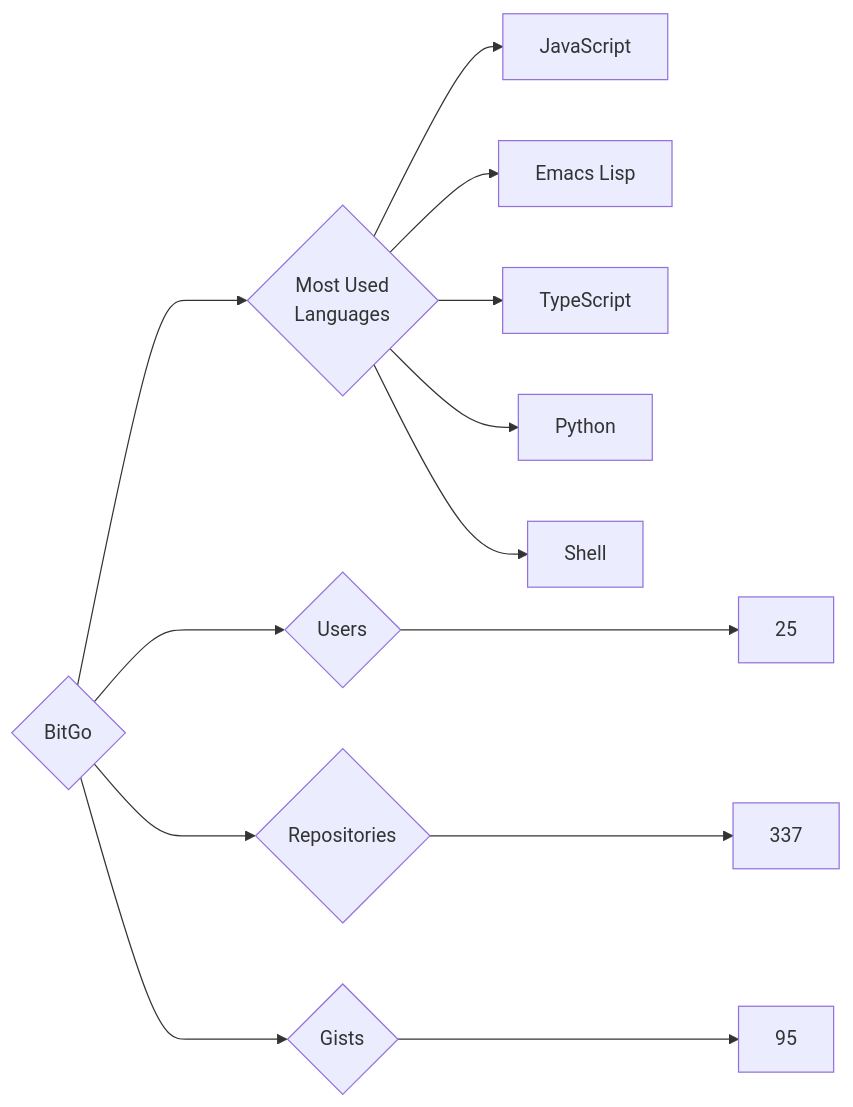
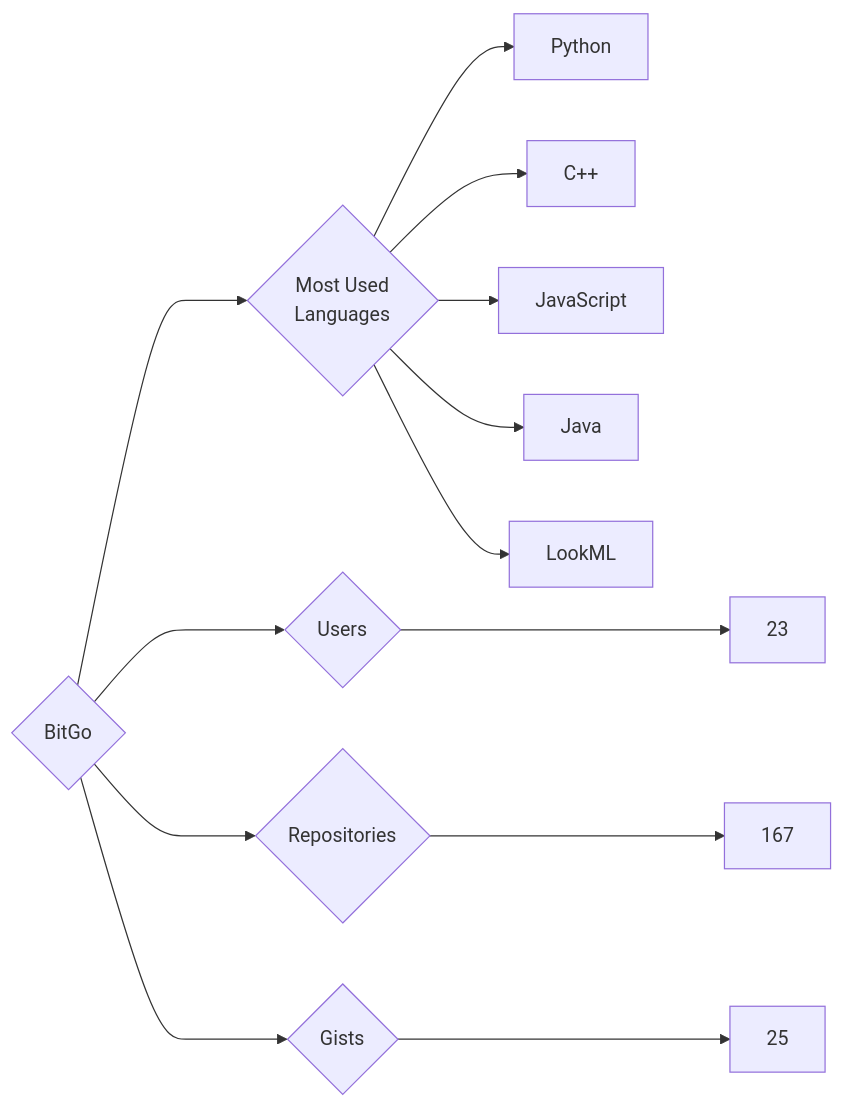
Before and after one commit to trickest/insiders: the diagram in targets/BitGo/README.md, drawn with Mermaid. The commit also changed 611 other files, not shown here.

````diff
--- a/targets/BitGo/README.md
+++ b/targets/BitGo/README.md
@@ -3,13 +3,13 @@
 ```mermaid
 graph LR
 COMPANY_NAME{BitGo}
-COMPANY_NAME ---> U{Users} ---> UN[25]
-COMPANY_NAME ---> R{Repositories} ---> RN[337]
-COMPANY_NAME ---> G{Gists} ---> GN[95]
+COMPANY_NAME ---> U{Users} ---> UN[23]
+COMPANY_NAME ---> R{Repositories} ---> RN[167]
+COMPANY_NAME ---> G{Gists} ---> GN[25]
 COMPANY_NAME ---> ML{Most Used<br>Languages}
+ML --> Python[Python]
+ML --> C++[C++]
 ML --> JavaScript[JavaScript]
-ML --> Emacs_Lisp[Emacs Lisp]
-ML --> TypeScript[TypeScript]
-ML --> Python[Python]
-ML --> Shell[Shell]
+ML --> Java[Java]
+ML --> LookML[LookML]
 ```
````
